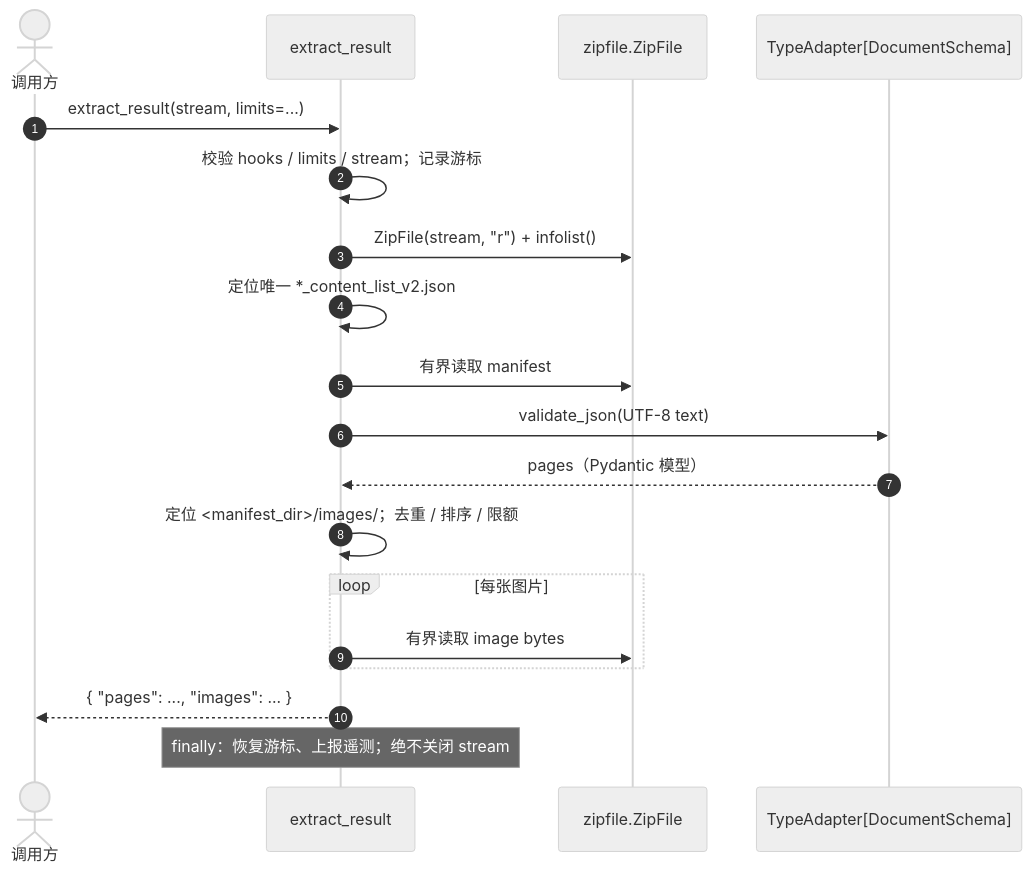
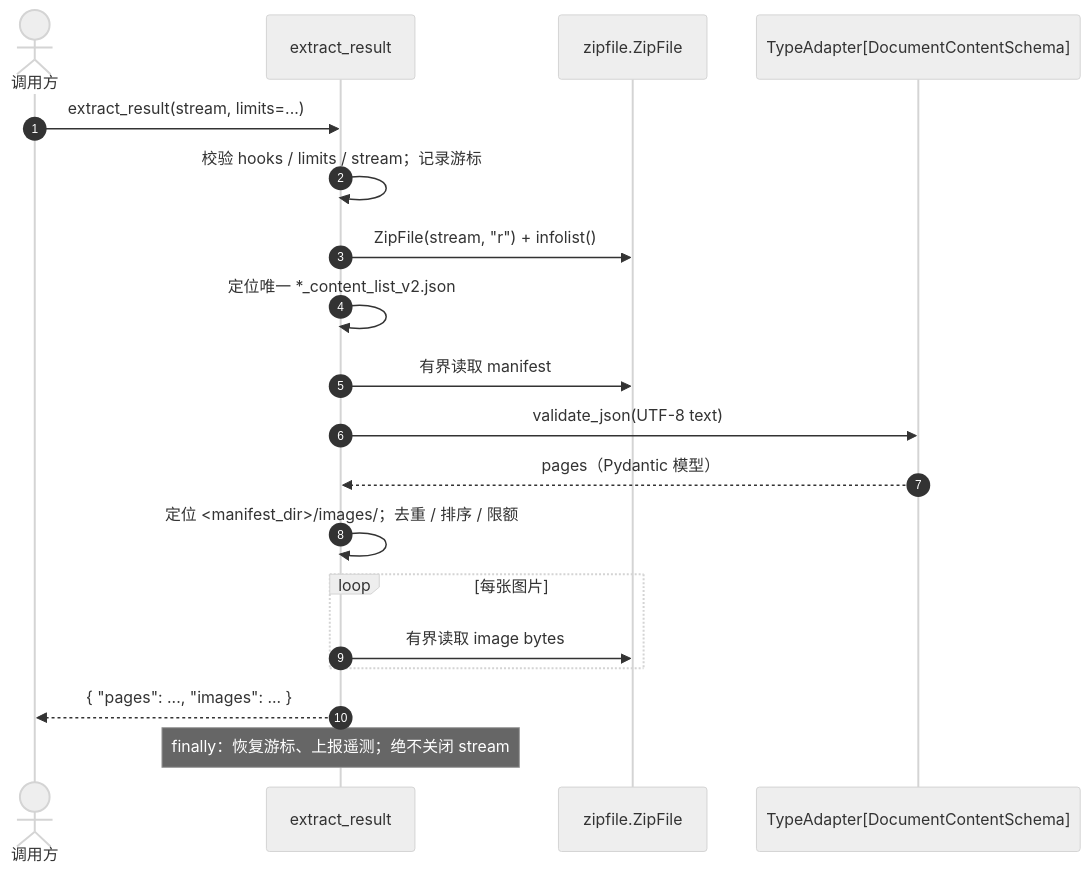
The second of 2 diagrams in docs/specs/SPEC-003-result-extractor.md (dream-365/mineru-parser), drawn with Mermaid (neutral theme) before and after one commit. The commit also changed other lines of this file and 1 other file, not shown here.

First line of the commit message:
refactor: DocumentSchema 重命名为 DocumentContentSchema

````diff
--- a/docs/specs/SPEC-003-result-extractor.md
+++ b/docs/specs/SPEC-003-result-extractor.md
@@ -316,22 +316,22 @@
 ```mermaid
 sequenceDiagram
     autonumber
     actor Caller as 调用方
     participant EX as extract_result
     participant ZF as zipfile.ZipFile
-    participant VA as TypeAdapter[DocumentSchema]
+    participant VA as TypeAdapter[DocumentContentSchema]
 
     Caller->>EX: extract_result(stream, limits=...)
     EX->>EX: 校验 hooks / limits / stream；记录游标
     EX->>ZF: ZipFile(stream, "r") + infolist()
     EX->>EX: 定位唯一 *_content_list_v2.json
     EX->>ZF: 有界读取 manifest
     EX->>VA: validate_json(UTF-8 text)
     VA-->>EX: pages（Pydantic 模型）
     EX->>EX: 定位 <manifest_dir>/images/；去重 / 排序 / 限额
     loop 每张图片
         EX->>ZF: 有界读取 image bytes
     end
     EX-->>Caller: { "pages": ..., "images": ... }
     Note over EX: finally：恢复游标、上报遥测；绝不关闭 stream
 ```
````
